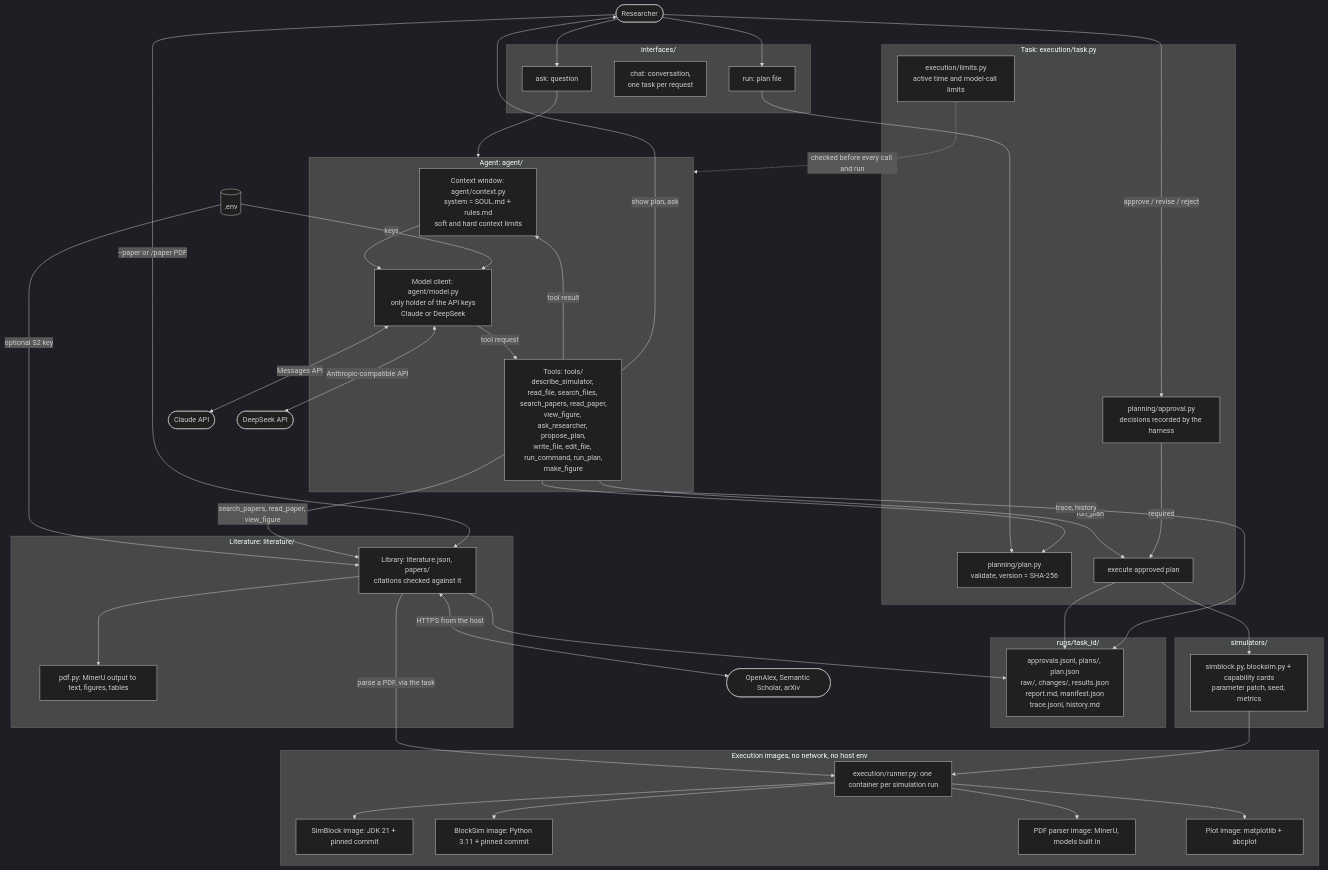
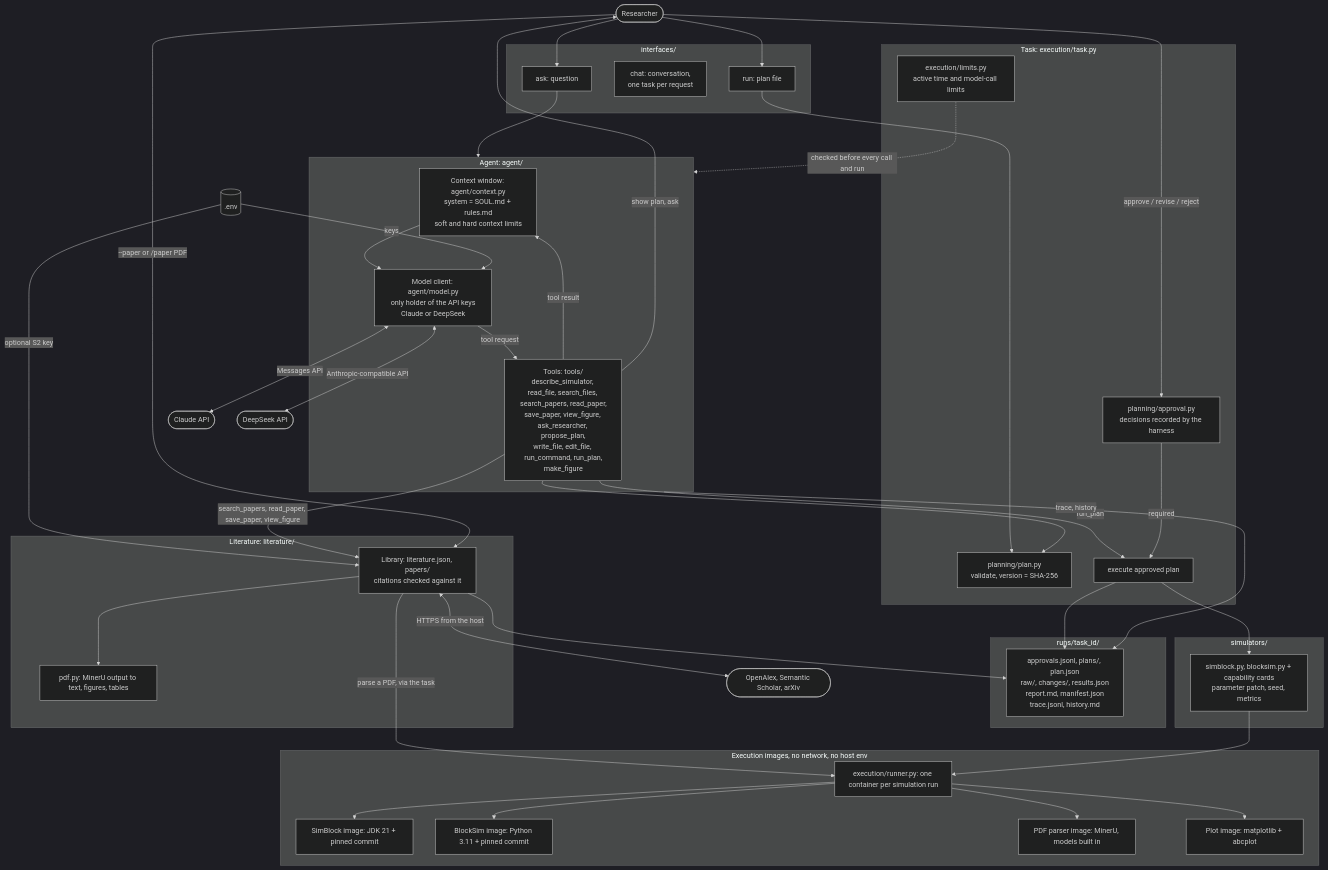
Before and after one commit to teiyou416/abc-harness: the diagram in docs/architecture.md, drawn with Mermaid (dark theme). The commit also changed other lines of this file and 13 other files, not shown here.

First line of the commit message:
Keep papers with a save_paper tool instead of on every read

````diff
--- a/docs/architecture.md
+++ b/docs/architecture.md
@@ -8,71 +8,71 @@
 ```mermaid
 flowchart TB
     R(["Researcher"])
 
     subgraph CLI["interfaces/"]
         ASK["ask: question"]
         CHAT["chat: conversation,<br/>one task per request"]
         RUN["run: plan file"]
     end
 
     subgraph LOOP["Agent: agent/"]
         CTX["Context window: agent/context.py<br/>system = SOUL.md + rules.md<br/>soft and hard context limits"]
         LLM["Model client: agent/model.py<br/>only holder of the API keys<br/>Claude or DeepSeek"]
-        TOOLS["Tools: tools/<br/>describe_simulator, read_file, search_files, search_papers, read_paper,<br/>view_figure, ask_researcher, propose_plan,<br/>write_file, edit_file, run_command, run_plan,<br/>make_figure"]
+        TOOLS["Tools: tools/<br/>describe_simulator, read_file, search_files, search_papers, read_paper,<br/>save_paper, view_figure, ask_researcher, propose_plan,<br/>write_file, edit_file, run_command, run_plan,<br/>make_figure"]
         CTX --> LLM -->|tool request| TOOLS -->|tool result| CTX
     end
 
     subgraph TASK["Task: execution/task.py"]
         PLAN["planning/plan.py<br/>validate, version = SHA-256"]
         APPROVAL["planning/approval.py<br/>decisions recorded by the harness"]
         LIMITS["execution/limits.py<br/>active time and model-call limits"]
         EXEC["execute approved plan"]
     end
 
     subgraph SIM["simulators/"]
         ADAPTER["simblock.py, blocksim.py + capability cards<br/>parameter patch, seed, metrics"]
     end
 
     subgraph DOCKER["Execution images, no network, no host env"]
         RUNNER["execution/runner.py: one container per simulation run"]
         SIMBLOCK["SimBlock image: JDK 21 + pinned commit"]
         BLOCKSIM["BlockSim image: Python 3.11 + pinned commit"]
         PDFIMG["PDF parser image: MinerU, models built in"]
         PLOTIMG["Plot image: matplotlib + abcplot"]
         RUNNER --> SIMBLOCK
         RUNNER --> BLOCKSIM
         RUNNER --> PDFIMG
         RUNNER --> PLOTIMG
     end
 
     subgraph ART["runs/task_id/"]
         FILES["approvals.jsonl, plans/, plan.json<br/>raw/, changes/, results.json<br/>report.md, manifest.json<br/>trace.jsonl, history.md"]
     end
 
     subgraph LIT["Literature: literature/"]
         LIB["Library: literature.json, papers/<br/>citations checked against it"]
         PDF["pdf.py: MinerU output to text, figures, tables"]
         LIB --> PDF
     end
 
     ENV[(".env")] -->|keys| LLM
     ENV -->|optional S2 key| LIB
-    TOOLS -->|search_papers, read_paper, view_figure| LIB
+    TOOLS -->|search_papers, read_paper, save_paper, view_figure| LIB
     LIB <-->|HTTPS from the host| ACADEMIC(["OpenAlex, Semantic Scholar, arXiv"])
     R -->|--paper or /paper PDF| LIB
     LIB -->|parse a PDF, via the task| RUNNER
     LIB --> FILES
     LLM <-->|Messages API| CLAUDE(["Claude API"])
     LLM <-->|Anthropic-compatible API| DEEPSEEK(["DeepSeek API"])
     R --> ASK --> LOOP
     R --> RUN --> PLAN
     TOOLS --> PLAN
     TOOLS -->|show plan, ask| R
     R -->|approve / revise / reject| APPROVAL
     TOOLS -->|run_plan| EXEC
     APPROVAL -->|required| EXEC
     LIMITS -.->|checked before every call and run| LOOP
     EXEC --> ADAPTER --> RUNNER
     EXEC --> FILES
     LOOP -->|trace, history| FILES
 ```
````
